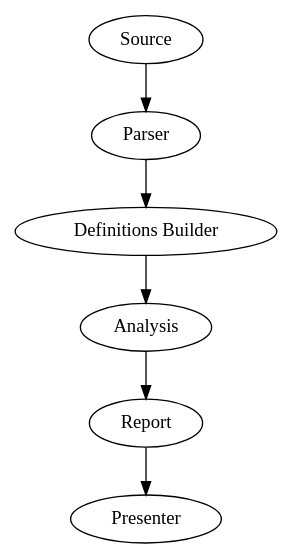
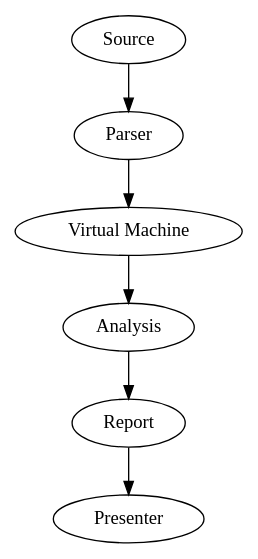
One commit to yorickpeterse/ruby-lint changed the diagram in doc/graphviz/flow.dot. Above: the diagram before and after it, drawn with Graphviz. The commit also changed 4 other files, not shown here.

```diff
--- a/doc/graphviz/flow.dot
+++ b/doc/graphviz/flow.dot
@@ -1,7 +1,7 @@
 // Graphviz graph that shows the basic flow of the analysis process of
 // ruby-lint.
 
 digraph flow {
-    "Source" -> "Parser" -> "Definitions Builder" -> "Analysis";
+    "Source" -> "Parser" -> "Virtual Machine" -> "Analysis";
     "Analysis" -> "Report" -> "Presenter";
 }
```
